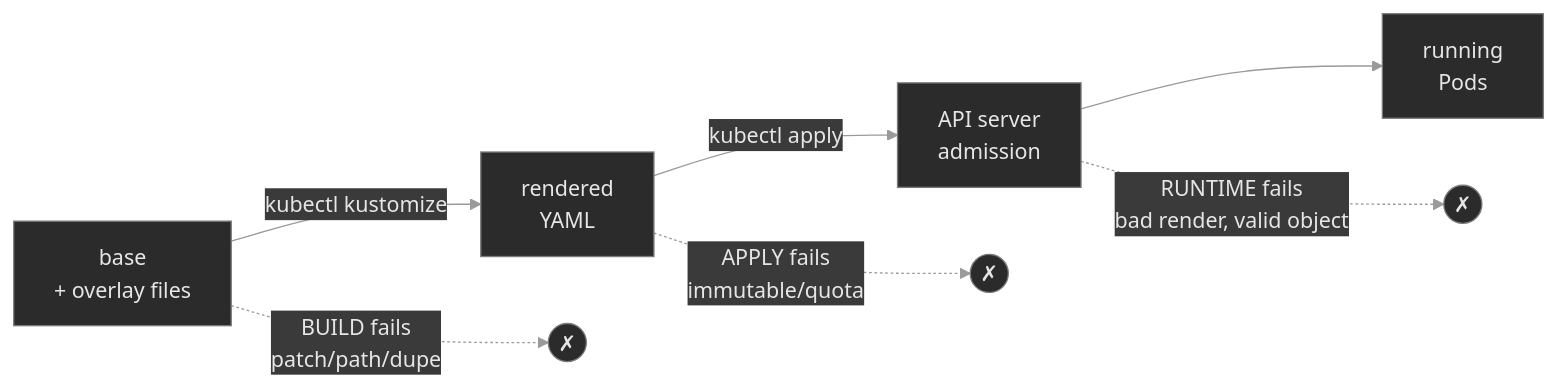
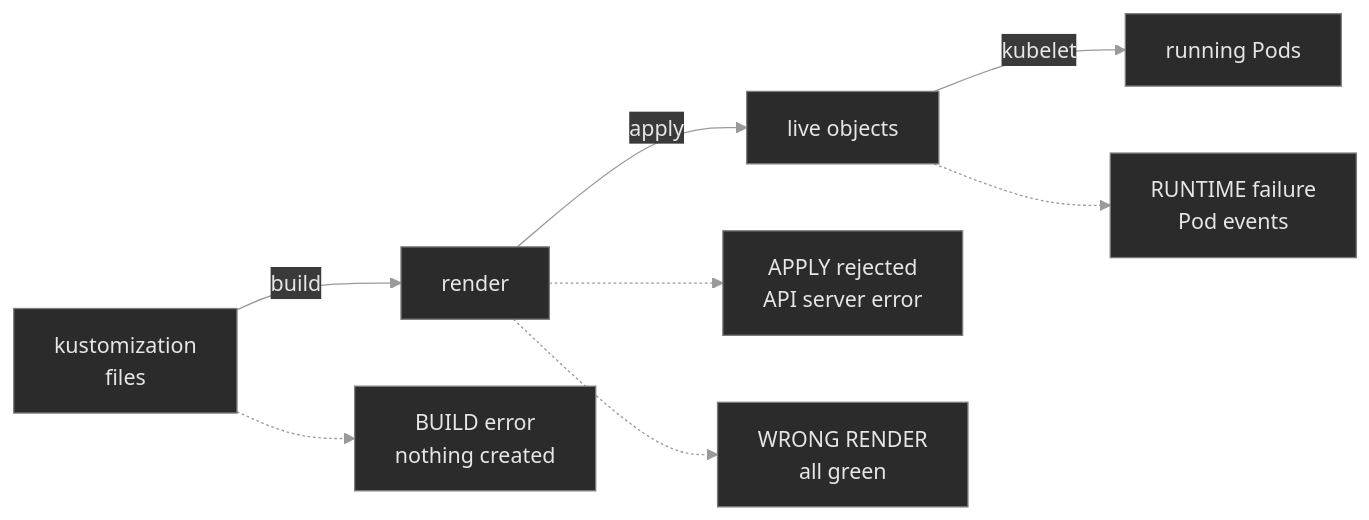
One commit to debozkurt/killercoda-k8s changed the diagram in m16-kustomize/LESSON.md. Above: the diagram before and after it, drawn with Mermaid. The commit also changed other lines of this file and 55 other files, not shown here.

````diff
--- a/m16-kustomize/LESSON.md
+++ b/m16-kustomize/LESSON.md
@@ -56,16 +56,16 @@
 ```mermaid
 %%{init: {'theme':'base', 'themeVariables': {
   'primaryColor':'#2b2b2b', 'primaryTextColor':'#e6e6e6',
   'primaryBorderColor':'#7a7a7a', 'lineColor':'#9a9a9a',
   'secondaryColor':'#3a3a3a', 'tertiaryColor':'#1f1f1f',
   'background':'#0f0f0f'
 }}}%%
 flowchart LR
-    base[base<br/>+ overlay files] -->|kubectl kustomize| render[rendered<br/>YAML]
-    render -->|kubectl apply| api[API server<br/>admission]
-    api --> rt[running<br/>Pods]
-
-    base -. BUILD fails<br/>patch/path/dupe .-> x1((✗))
-    render -. APPLY fails<br/>immutable/quota .-> x2((✗))
-    api -. RUNTIME fails<br/>bad render, valid object .-> x3((✗))
+    files[kustomization<br/>files] -->|build| render[render]
+    render -->|apply| live[live objects]
+    live -->|kubelet| pods[running Pods]
+    files -.-> b[BUILD error<br/>nothing created]
+    render -.-> a[APPLY rejected<br/>API server error]
+    live -.-> r[RUNTIME failure<br/>Pod events]
+    render -.-> w[WRONG RENDER<br/>all green]
 ```
````
